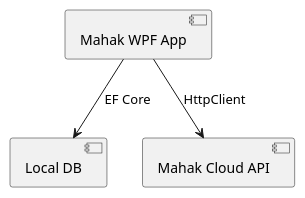
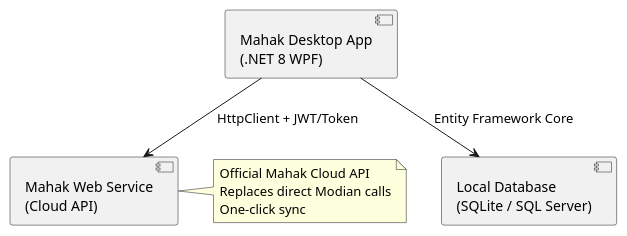
One commit to aghili/Documents changed the diagram in Documents/mahak_migration/puml/component_diagram.puml. Above: the diagram before and after it, drawn with PlantUML. The commit also changed 6 other files, not shown here.

Commit message:
update diagrams

```diff
--- a/Documents/mahak_migration/puml/component_diagram.puml
+++ b/Documents/mahak_migration/puml/component_diagram.puml
@@ -1,9 +1,14 @@
 @startuml
-' ۵. Component Diagram
-component "Mahak WPF App" as App
-component "Local DB" as DB
-component "Mahak Cloud API" as API
+' 5. Component Diagram
+component "Mahak Desktop App\n(.NET 8 WPF)" as App
+component "Local Database\n(SQLite / SQL Server)" as DB
+component "Mahak Web Service\n(Cloud API)" as MWS
 
-App --> DB : EF Core
-App --> API : HttpClient
+App --> DB : Entity Framework Core
+App --> MWS : HttpClient + JWT/Token
+note right of MWS
+  Official Mahak Cloud API
+  Replaces direct Modian calls
+  One-click sync
+end note
 @enduml
```
